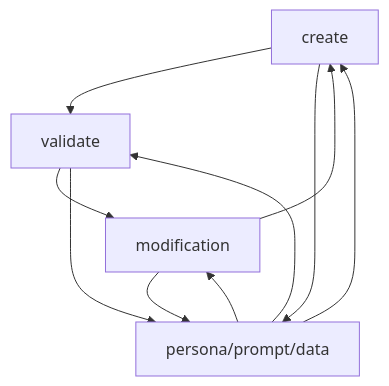
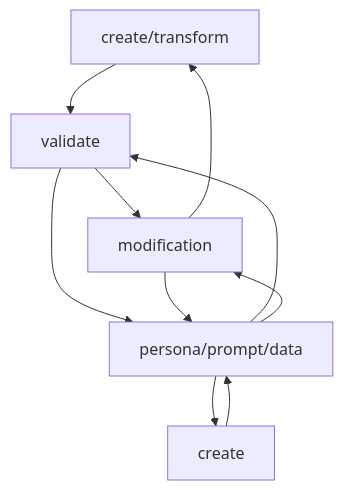
Before and after one commit to CloudSecurityAlliance/CSA-AI-Toolkit: the diagram in README.md, drawn with Mermaid. The commit also changed other lines of this file, not shown here.

````diff
--- a/README.md
+++ b/README.md
@@ -58,14 +58,14 @@
 ```mermaid
  graph TD;
-  create-->validate;
+  create/transform-->validate;
   validate-->modification;
-  modification-->create;
+  modification-->create/transform;
 
   create-->persona/prompt/data;
   validate-->persona/prompt/data;
   modification-->persona/prompt/data;
 
   persona/prompt/data-->create;
   persona/prompt/data-->validate;
   persona/prompt/data-->modification;
 ```
````
